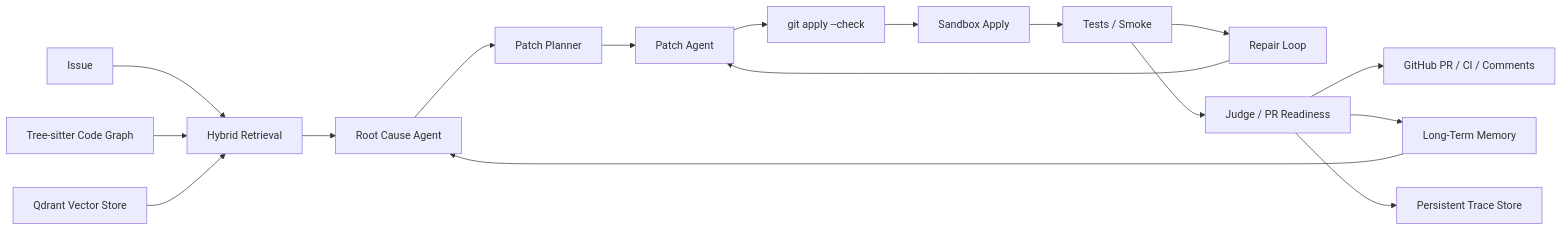
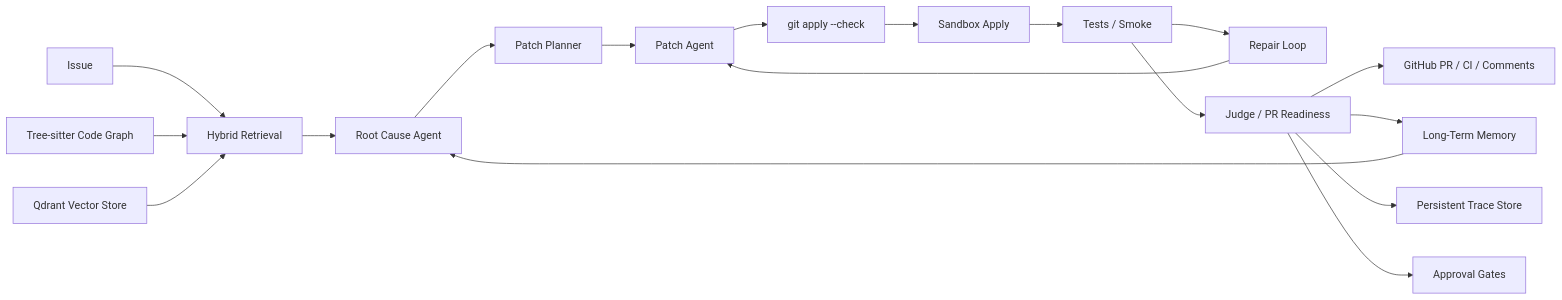
The diagram in README.md (zskyai/RepoPilot), drawn with Mermaid before and after one commit. The commit also changed other lines of this file and 2 other files, not shown here.

````diff
--- a/README.md
+++ b/README.md
@@ -154,19 +192,20 @@
 ```mermaid
 flowchart LR
     A["Issue"] --> B["Hybrid Retrieval"]
     M["Tree-sitter Code Graph"] --> B
     Q["Qdrant Vector Store"] --> B
     B --> C["Root Cause Agent"]
     C --> D["Patch Planner"]
     D --> E["Patch Agent"]
     E --> F["git apply --check"]
     F --> G["Sandbox Apply"]
     G --> H["Tests / Smoke"]
     H --> I["Repair Loop"]
     I --> E
     H --> J["Judge / PR Readiness"]
     J --> K["GitHub PR / CI / Comments"]
     J --> L["Long-Term Memory"]
     L --> C
     J --> T["Persistent Trace Store"]
+    J --> U["Approval Gates"]
 ```
````
